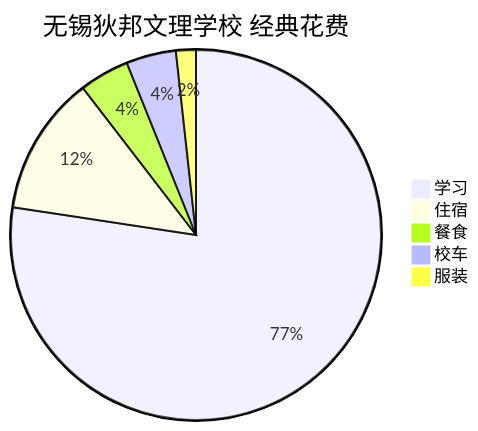
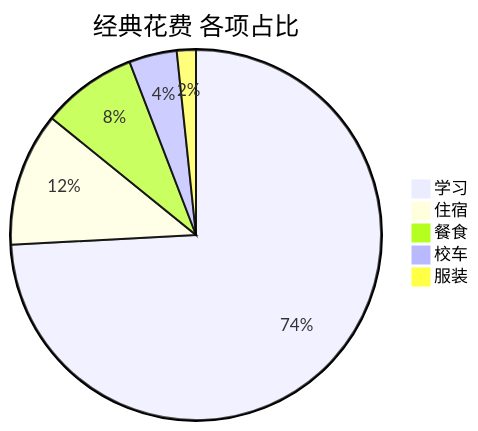
One commit to JamesFlare1212/JamesFlare changed the first of 3 diagrams in content/posts/whyDSAS/index.md. Above: the diagram before and after it, drawn with Mermaid. The commit also changed other lines of this file, not shown here.

````diff
--- a/content/posts/whyDSAS/index.md
+++ b/content/posts/whyDSAS/index.md
@@ -165,8 +175,8 @@
 ```mermaid
-pie title 无锡狄邦文理学校 经典花费
+pie title 经典花费 各项占比
     "学习" : 178
     "住宿" : 28
-    "餐食" : 10
+    "餐食" : 20
     "校车" : 10
     "服装" : 4
 ```
````
